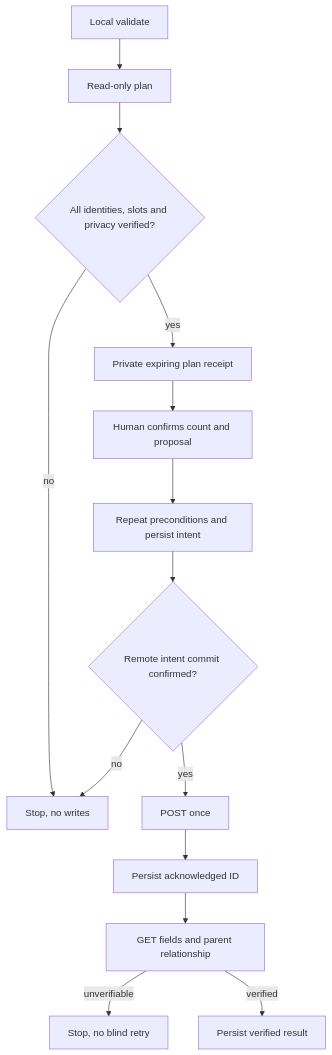
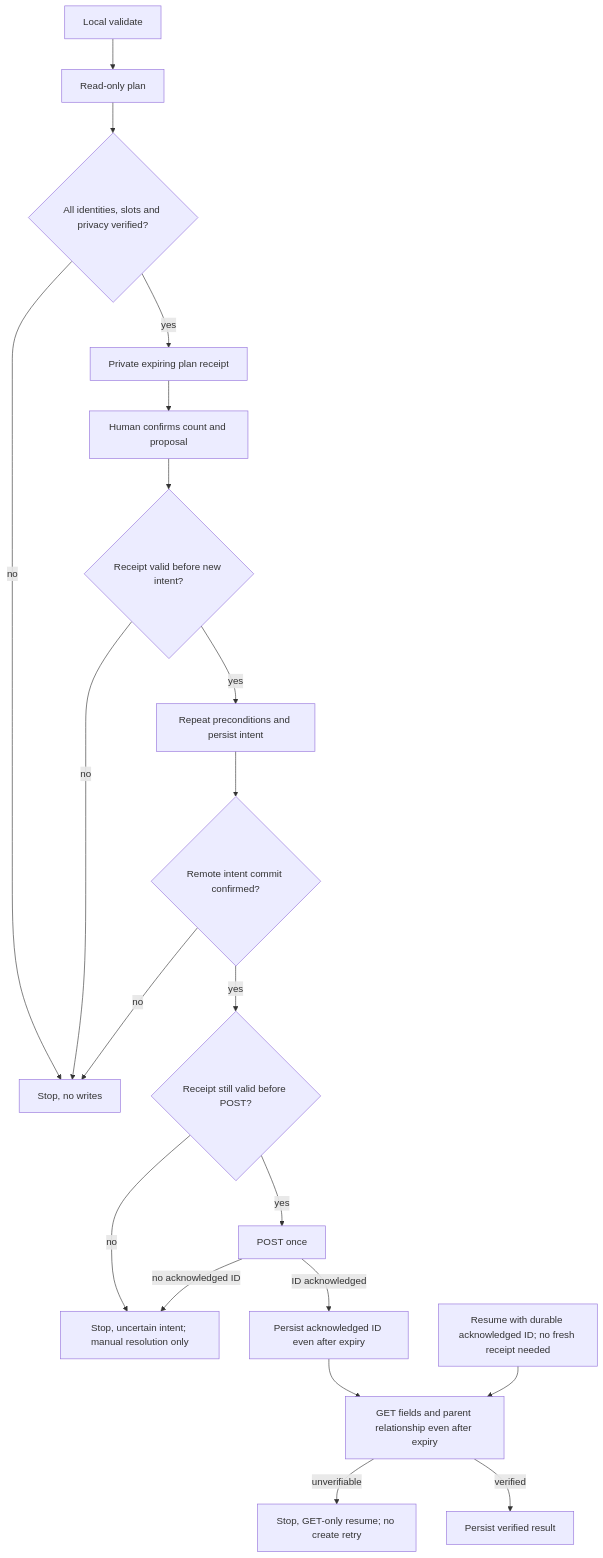
One commit to reihl-tab/geni-uploader changed the diagram in docs/profile-creation-design.md. Above: the diagram before and after it, drawn with Mermaid. The commit also changed other lines of this file, not shown here.

Commit message:
Specify verifiable state branch rules and expiry paths

````diff
--- a/docs/profile-creation-design.md
+++ b/docs/profile-creation-design.md
@@ -110,16 +110,22 @@
 ```mermaid
 flowchart TD
   V[Local validate] --> P[Read-only plan]
   P --> G{All identities, slots and privacy verified?}
   G -->|no| S[Stop, no writes]
   G -->|yes| R[Private expiring plan receipt]
   R --> H[Human confirms count and proposal]
-  H --> C[Repeat preconditions and persist intent]
+  H --> E{Receipt valid before new intent?}
+  E -->|no| S
+  E -->|yes| C[Repeat preconditions and persist intent]
   C --> D{Remote intent commit confirmed?}
   D -->|no| S
-  D -->|yes| W[POST once]
-  W --> A[Persist acknowledged ID]
-  A --> B[GET fields and parent relationship]
-  B -->|unverifiable| U[Stop, no blind retry]
+  D -->|yes| X{Receipt still valid before POST?}
+  X -->|no| U[Stop, uncertain intent; manual resolution only]
+  X -->|yes| W[POST once]
+  W -->|ID acknowledged| A[Persist acknowledged ID even after expiry]
+  W -->|no acknowledged ID| U
+  A --> B[GET fields and parent relationship even after expiry]
+  J[Resume with durable acknowledged ID; no fresh receipt needed] --> B
+  B -->|unverifiable| T[Stop, GET-only resume; no create retry]
   B -->|verified| N[Persist verified result]
 ```
````
